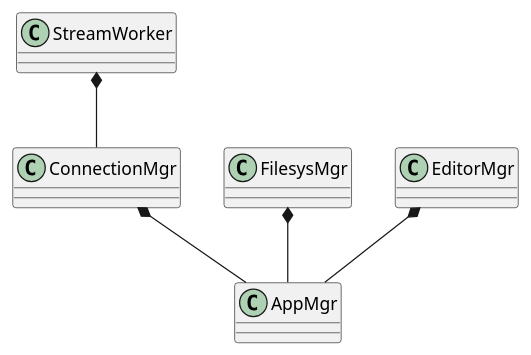
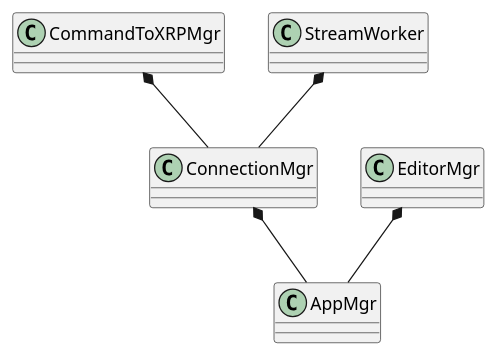
The seventh of 10 diagrams in docs/XRP Software Architecture.md (Open-STEM/XRPWeb), drawn with PlantUML before and after one commit. The commit also changed other lines of this file and 46 other files, not shown here.

````diff
--- a/docs/XRP Software Architecture.md
+++ b/docs/XRP Software Architecture.md
@@ -281,15 +281,15 @@
 ```plantuml
 @startuml
     class AppMgr
     class ConnectionMgr
-    class FilesysMgr
+    class CommandToXRPMgr
     class EditorMgr
     class StreamWorker
 
     StreamWorker *-- ConnectionMgr
+    CommandToXRPMgr *-- ConnectionMgr
     ConnectionMgr *-- AppMgr
-    FilesysMgr *-- AppMgr
     EditorMgr *-- AppMgr
 
 @enduml
 ```
````
